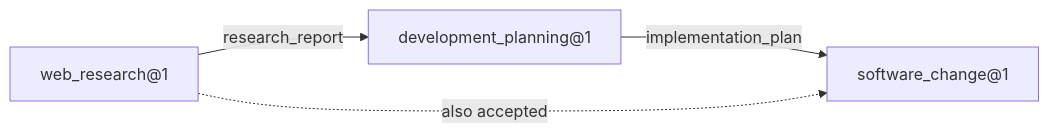
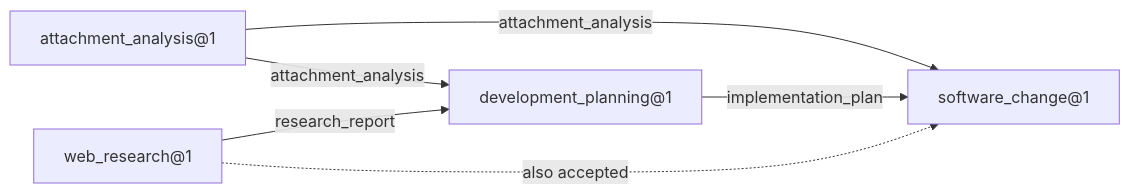
The third of 11 diagrams in docs/capability-model.md (4romgod/vera), drawn with Mermaid before and after one commit. The commit also changed other lines of this file and 31 other files, not shown here.

````diff
--- a/docs/capability-model.md
+++ b/docs/capability-model.md
@@ -201,6 +202,8 @@
 ```mermaid
 flowchart LR
+    A["attachment_analysis@1"] -->|"attachment_analysis"| P["development_planning@1"]
+    A -->|"attachment_analysis"| C["software_change@1"]
     R["web_research@1"] -->|"research_report"| P["development_planning@1"]
     P -->|"implementation_plan"| C["software_change@1"]
     R -. "also accepted" .-> C
 ```
````
